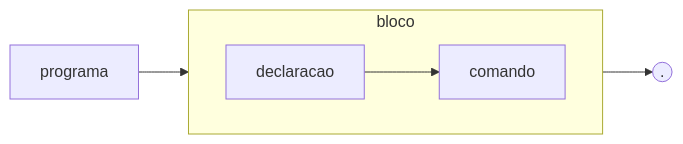
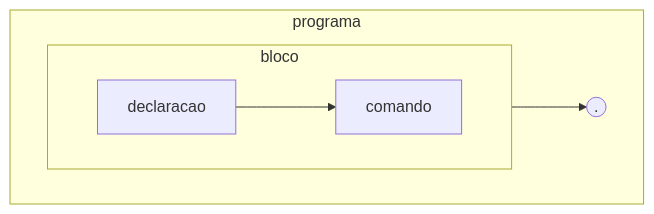
One commit to butterbr4/Compiladores changed the first of 10 diagrams in Analisador_sitatico/README.md. Above: the diagram before and after it, drawn with Mermaid. The commit also changed 4 other files, not shown here.

````diff
--- a/Analisador_sitatico/README.md
+++ b/Analisador_sitatico/README.md
@@ -39,10 +39,13 @@
 ```mermaid
     graph LR;
 
-    programa --> bloco --> ponto((.))
+    subgraph programa 
+        direction LR
+        bloco --> ponto((.))
+    end
 
     subgraph bloco
         direction LR
         declaracao --> comando
     end
 ```
````
